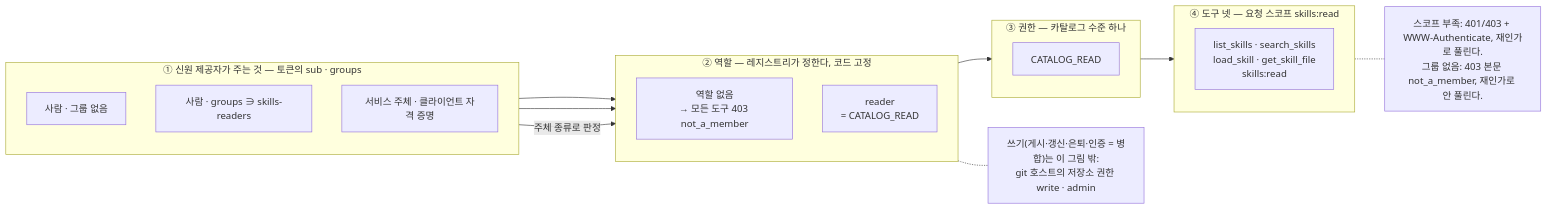
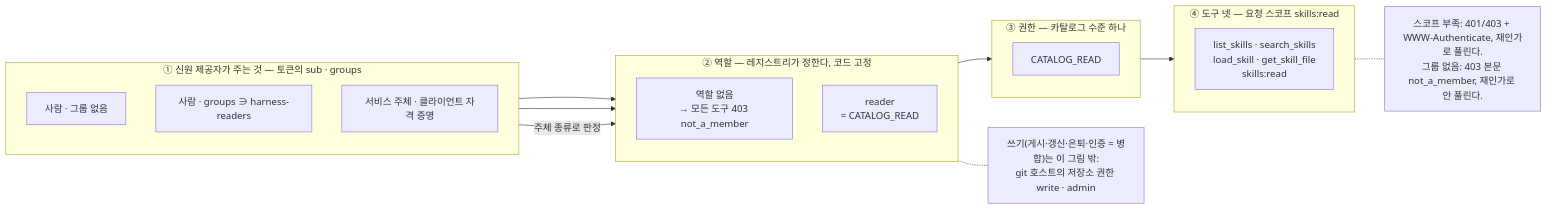
The fourth of 4 diagrams in DESIGN.md (alteralab/harness-catalog), drawn with Mermaid before and after one commit. The commit also changed other lines of this file and 14 other files, not shown here.

First line of the commit message:
사용자 결정: 읽기 그룹 harness-readers — 코드 상수·인가·시험·템플릿·Dex 설정·PLAN 전부 교체(DESIGN §11); r2에 NAS의 harness-readers·gyojunan 실물과 Dex 토큰 groups 실측, LDAP 오버레이 emailAttr=uid

````diff
--- a/DESIGN.md
+++ b/DESIGN.md
@@ -273,31 +273,31 @@
 ```mermaid
 flowchart LR
     subgraph L1["① 신원 제공자가 주는 것 — 토큰의 sub · groups"]
         direction TB
         H0["사람 · 그룹 없음"]
-        HR["사람 · groups ∋ skills-readers"]
+        HR["사람 · groups ∋ harness-readers"]
         S0["서비스 주체 · 클라이언트 자격 증명"]
     end
     subgraph L2["② 역할 — 레지스트리가 정한다, 코드 고정"]
         direction TB
         RX["역할 없음<br/>→ 모든 도구 403 not_a_member"]
         R0["reader<br/>= CATALOG_READ"]
     end
     subgraph L3["③ 권한 — 카탈로그 수준 하나"]
         direction TB
         P0["CATALOG_READ"]
     end
     subgraph L4["④ 도구 넷 — 요청 스코프 skills:read"]
         direction TB
         T0["list_skills · search_skills<br/>load_skill · get_skill_file<br/>skills:read"]
     end
     H0 --> RX
     HR --> R0
     S0 -- "주체 종류로 판정" --> R0
     R0 --> P0
     P0 --> T0
     G["쓰기(게시·갱신·은퇴·인증 = 병합)는 이 그림 밖:<br/>git 호스트의 저장소 권한 write · admin"]
     N2["스코프 부족: 401/403 + WWW-Authenticate, 재인가로 풀린다.<br/>그룹 없음: 403 본문 not_a_member, 재인가로 안 풀린다."]
     L2 -.- G
     L4 -.- N2
 ```
````
